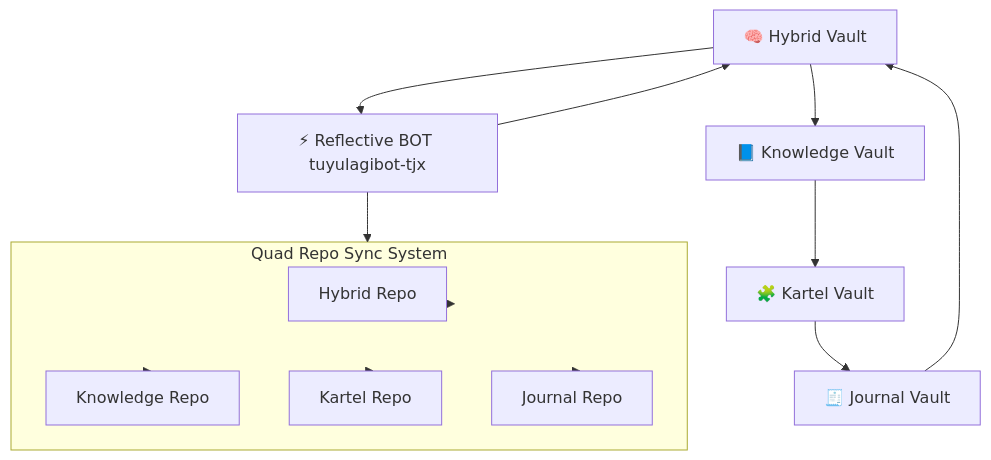
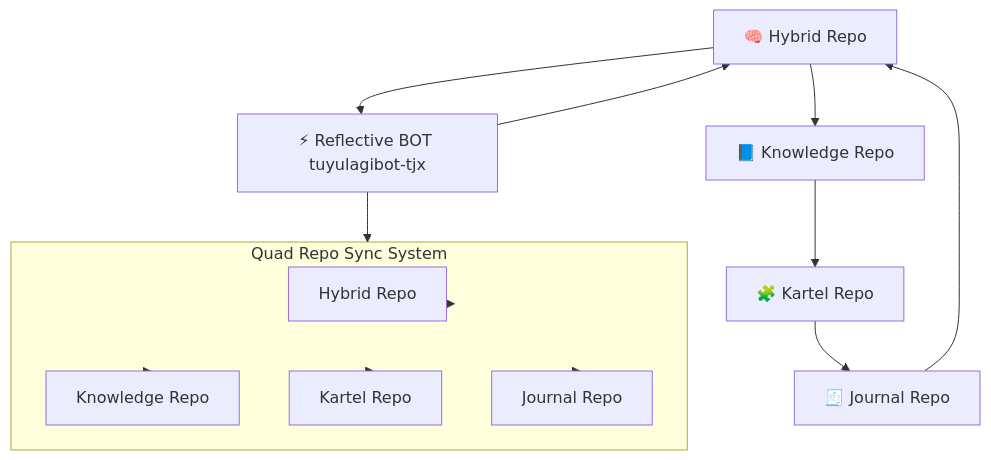
The diagram in README.md (tuyul-ai-agi/TUYUL-KARTEL-FX-AGI-HYBRID), drawn with Mermaid before and after one commit. The commit also changed other lines of this file, not shown here.

````diff
--- a/README.md
+++ b/README.md
@@ -61,23 +61,23 @@
 ```mermaid
 graph TD
-  A[🧠 Hybrid Vault] --> B[📘 Knowledge Vault]
-  B --> C[🧩 Kartel Vault]
-  C --> D[🧾 Journal Vault]
+  A[🧠 Hybrid Repo] --> B[📘 Knowledge Repo]
+  B --> C[🧩 Kartel Repo]
+  C --> D[🧾 Journal Repo]
   D --> A
 
   A --> E[⚡ Reflective BOT tuyulagibot-tjx]
   E --> A
 
   subgraph QuadRepoSyncSystem[Quad Repo Sync System]
     F[Hybrid Repo]
     G[Knowledge Repo]
     H[Kartel Repo]
     I[Journal Repo]
   end
 
   E --> QuadRepoSyncSystem
   QuadRepoSyncSystem --> F
   QuadRepoSyncSystem --> G
   QuadRepoSyncSystem --> H
   QuadRepoSyncSystem --> I
 ```
````
